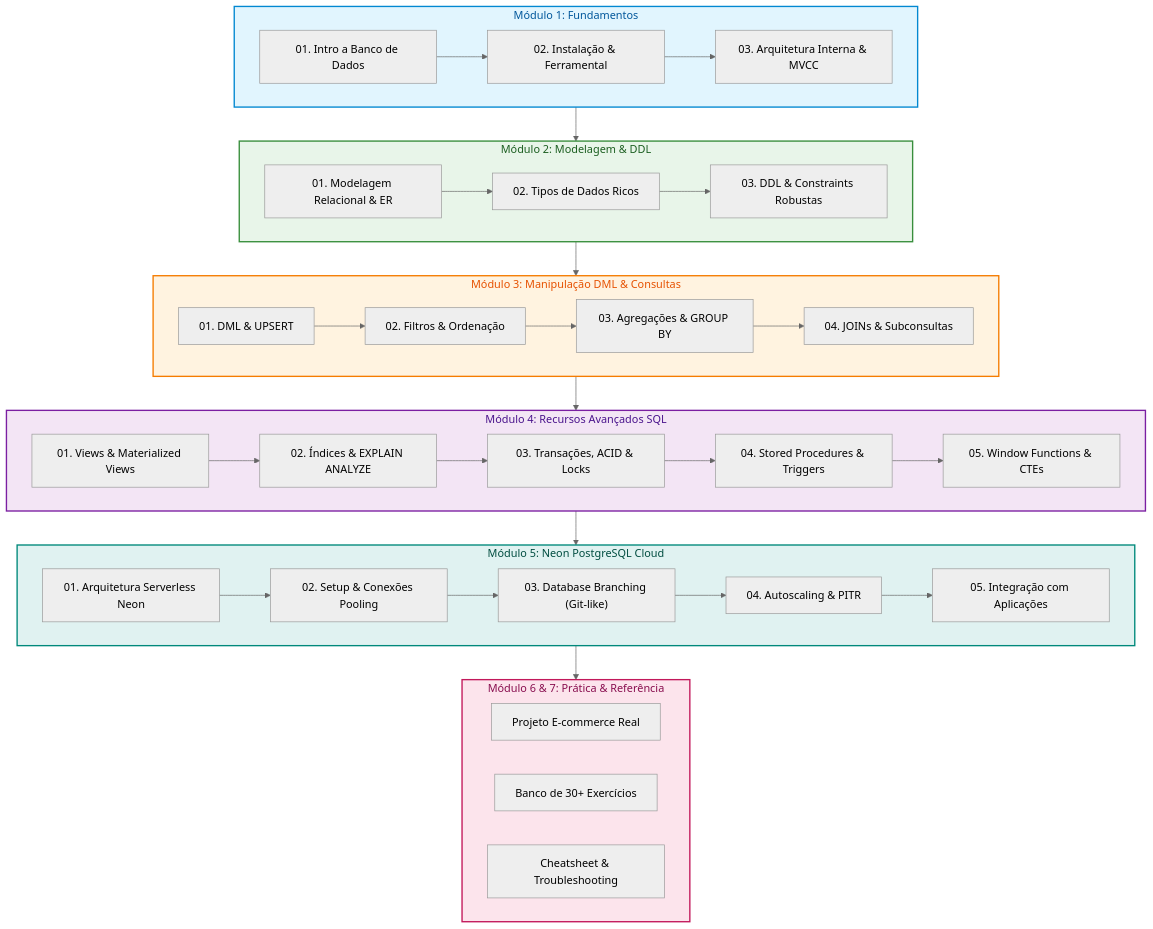
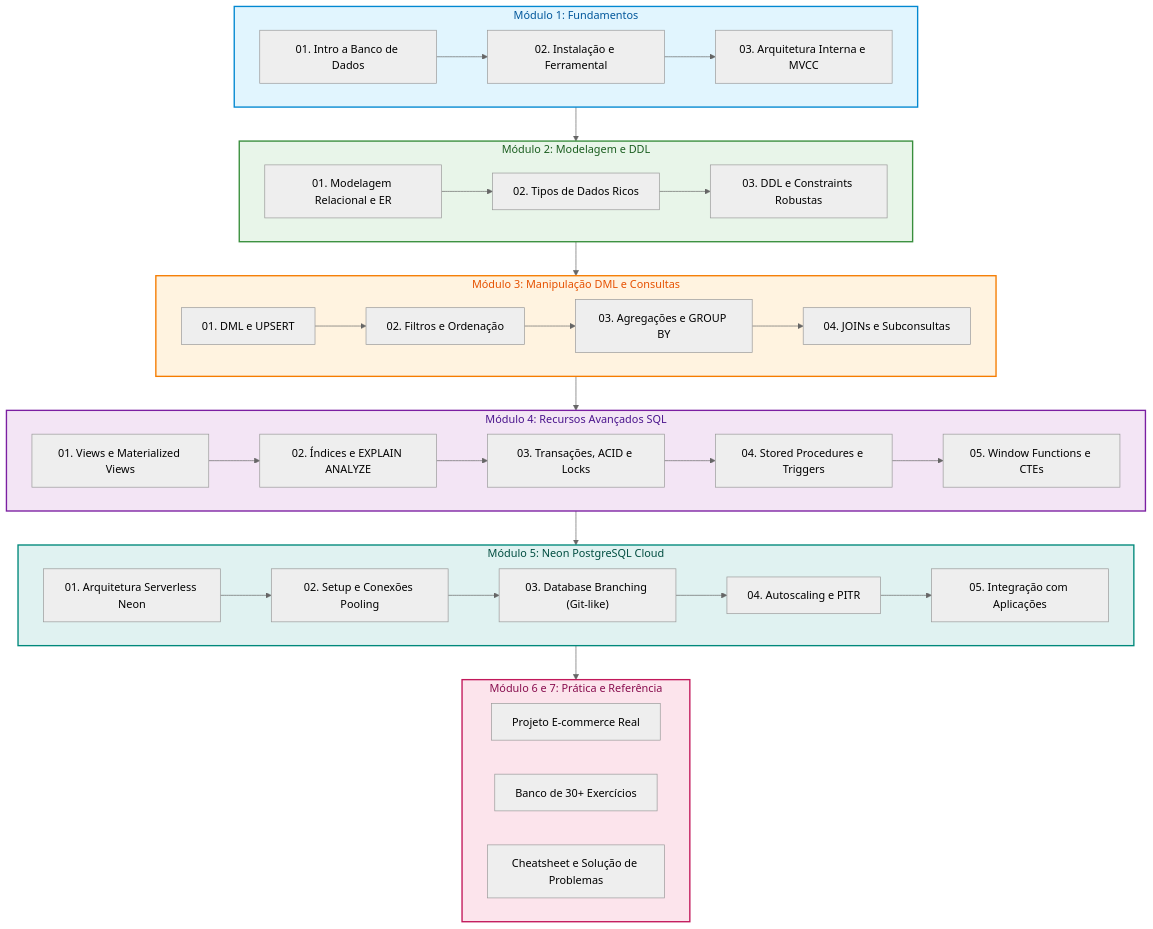
The diagram in README.md (diogofragoso/postgresql), drawn with Mermaid (neutral theme) before and after one commit. The commit also changed other lines of this file and 28 other files, not shown here.

````diff
--- a/README.md
+++ b/README.md
@@ -40,51 +40,51 @@
 ```mermaid
 flowchart TD
     classDef fund fill:#e1f5fe,stroke:#0288d1,stroke-width:2px,color:#01579b;
     classDef model fill:#e8f5e9,stroke:#388e3c,stroke-width:2px,color:#1b5e20;
     classDef dml fill:#fff3e0,stroke:#f57c00,stroke-width:2px,color:#e65100;
     classDef adv fill:#f3e5f5,stroke:#7b1fa2,stroke-width:2px,color:#4a148c;
     classDef neon fill:#e0f2f1,stroke:#00897b,stroke-width:2px,color:#004d40;
     classDef proj fill:#fce4ec,stroke:#c2185b,stroke-width:2px,color:#880e4f;
 
     subgraph M1["Módulo 1: Fundamentos"]
-        A1["01. Intro a Banco de Dados"] --> A2["02. Instalação & Ferramental"]
-        A2 --> A3["03. Arquitetura Interna & MVCC"]
+        A1["01. Intro a Banco de Dados"] --> A2["02. Instalação e Ferramental"]
+        A2 --> A3["03. Arquitetura Interna e MVCC"]
     end
 
-    subgraph M2["Módulo 2: Modelagem & DDL"]
-        B1["01. Modelagem Relacional & ER"] --> B2["02. Tipos de Dados Ricos"]
-        B2 --> B3["03. DDL & Constraints Robustas"]
+    subgraph M2["Módulo 2: Modelagem e DDL"]
+        B1["01. Modelagem Relacional e ER"] --> B2["02. Tipos de Dados Ricos"]
+        B2 --> B3["03. DDL e Constraints Robustas"]
     end
 
-    subgraph M3["Módulo 3: Manipulação DML & Consultas"]
-        C1["01. DML & UPSERT"] --> C2["02. Filtros & Ordenação"]
-        C2 --> C3["03. Agregações & GROUP BY"]
-        C3 --> C4["04. JOINs & Subconsultas"]
+    subgraph M3["Módulo 3: Manipulação DML e Consultas"]
+        C1["01. DML e UPSERT"] --> C2["02. Filtros e Ordenação"]
+        C2 --> C3["03. Agregações e GROUP BY"]
+        C3 --> C4["04. JOINs e Subconsultas"]
     end
 
     subgraph M4["Módulo 4: Recursos Avançados SQL"]
-        D1["01. Views & Materialized Views"] --> D2["02. Índices & EXPLAIN ANALYZE"]
-        D2 --> D3["03. Transações, ACID & Locks"]
-        D3 --> D4["04. Stored Procedures & Triggers"]
-        D4 --> D5["05. Window Functions & CTEs"]
+        D1["01. Views e Materialized Views"] --> D2["02. Índices e EXPLAIN ANALYZE"]
+        D2 --> D3["03. Transações, ACID e Locks"]
+        D3 --> D4["04. Stored Procedures e Triggers"]
+        D4 --> D5["05. Window Functions e CTEs"]
     end
 
     subgraph M5["Módulo 5: Neon PostgreSQL Cloud"]
-        E1["01. Arquitetura Serverless Neon"] --> E2["02. Setup & Conexões Pooling"]
+        E1["01. Arquitetura Serverless Neon"] --> E2["02. Setup e Conexões Pooling"]
         E2 --> E3["03. Database Branching (Git-like)"]
-        E3 --> E4["04. Autoscaling & PITR"]
+        E3 --> E4["04. Autoscaling e PITR"]
         E4 --> E5["05. Integração com Aplicações"]
     end
 
-    subgraph M6["Módulo 6 & 7: Prática & Referência"]
+    subgraph M6["Módulo 6 e 7: Prática e Referência"]
         F1["Projeto E-commerce Real"]
         F2["Banco de 30+ Exercícios"]
-        F3["Cheatsheet & Troubleshooting"]
+        F3["Cheatsheet e Solução de Problemas"]
     end
 
     M1:::fund --> M2:::model
     M2 --> M3:::dml
     M3 --> M4:::adv
     M4 --> M5:::neon
     M5 --> M6:::proj
 ```
````
